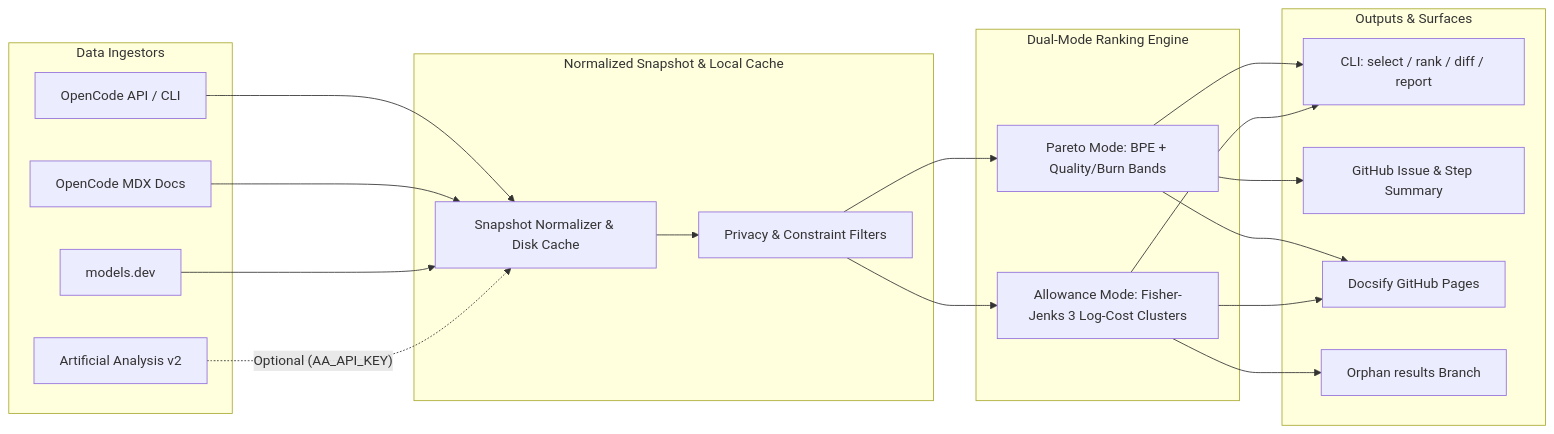
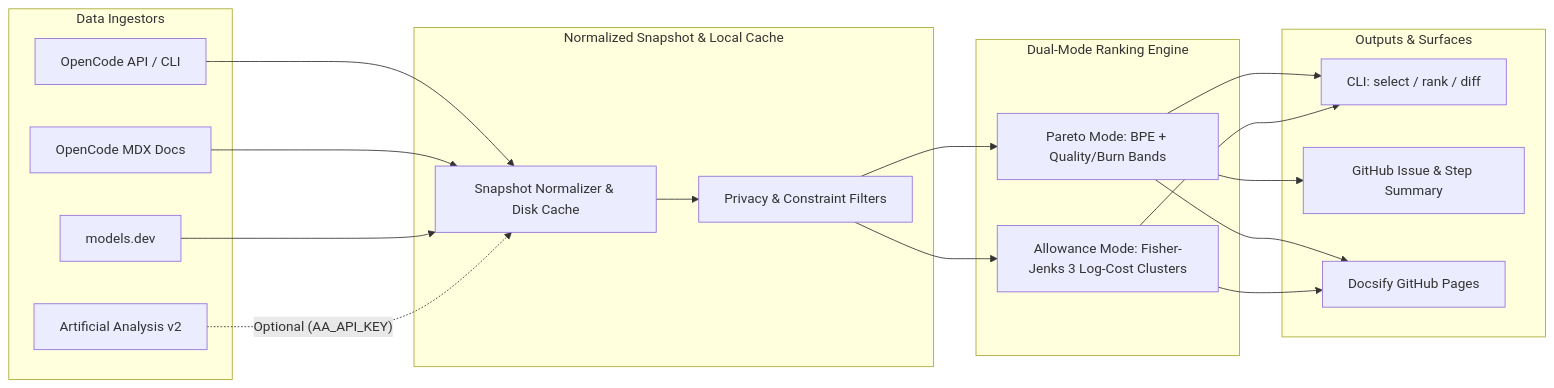
One commit to dbensmith/opencode-go-model-optimizer changed the first of 5 diagrams in README.md. Above: the diagram before and after it, drawn with Mermaid. The commit also changed other lines of this file and 20 other files, not shown here.

First line of the commit message:
chore(report): retire results publishing

````diff
--- a/README.md
+++ b/README.md
@@ -13,43 +13,41 @@
 ```mermaid
 flowchart LR
     subgraph Ingestors["Data Ingestors"]
         I1["OpenCode API / CLI"]
         I2["OpenCode MDX Docs"]
         I3["models.dev"]
         I4["Artificial Analysis v2"]
     end
 
     subgraph Pipeline["Normalized Snapshot & Local Cache"]
         SNAP["Snapshot Normalizer & Disk Cache"]
         FILT["Privacy & Constraint Filters"]
     end
 
     subgraph Engine["Dual-Mode Ranking Engine"]
         PARETO["Pareto Mode: BPE + Quality/Burn Bands"]
         ALLOWANCE["Allowance Mode: Fisher-Jenks 3 Log-Cost Clusters"]
     end
 
     subgraph Surfaces["Outputs & Surfaces"]
-        CLI["CLI: select / rank / diff / report"]
+        CLI["CLI: select / rank / diff"]
         GH_ISSUE["GitHub Issue & Step Summary"]
         PAGES["Docsify GitHub Pages"]
-        RESULTS_BR["Orphan results Branch"]
     end
 
     I1 --> SNAP
     I2 --> SNAP
     I3 --> SNAP
     I4 -. "Optional (AA_API_KEY)" .-> SNAP
 
     SNAP --> FILT
     FILT --> PARETO
     FILT --> ALLOWANCE
 
     PARETO --> CLI
     PARETO --> GH_ISSUE
     PARETO --> PAGES
 
     ALLOWANCE --> CLI
-    ALLOWANCE --> RESULTS_BR
     ALLOWANCE --> PAGES
 ```
````
